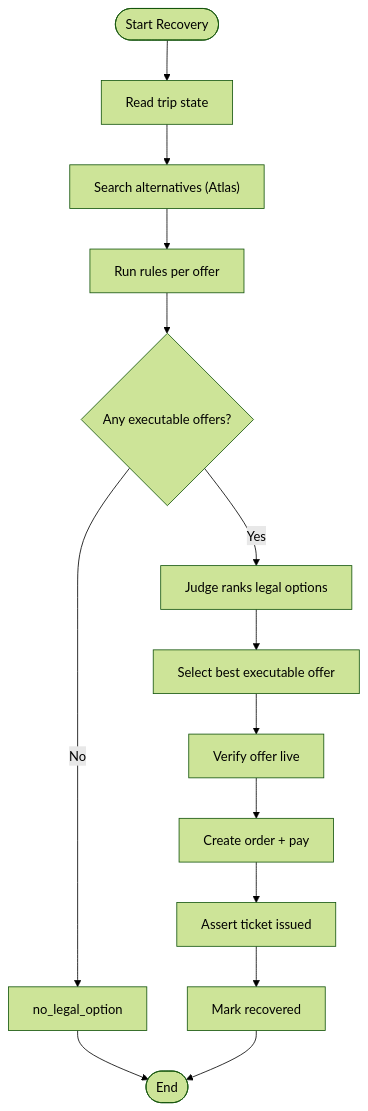
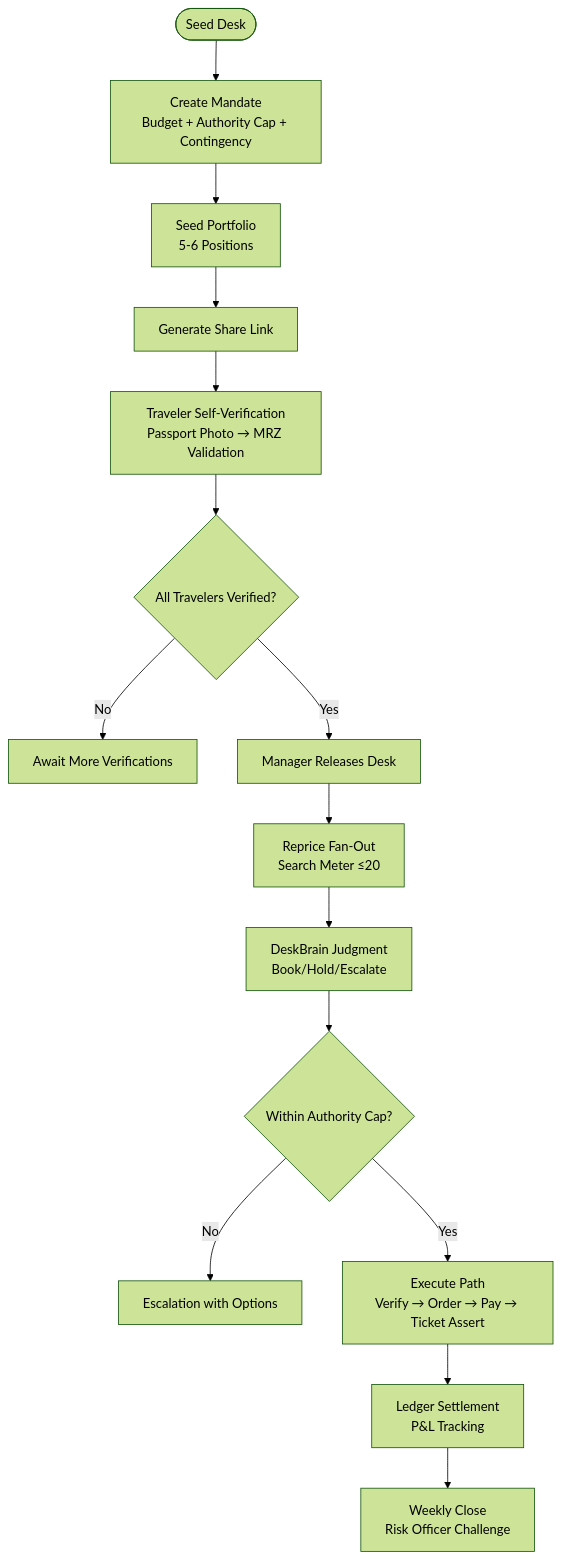
Before and after one commit to jaydonnnk/waypoint: the third of 7 diagrams in .qoder/repowiki/en/content/Project Overview/Project Overview.md, drawn with Mermaid (forest theme). The commit also changed other lines of this file and 9 other files, not shown here.

````diff
--- a/.qoder/repowiki/en/content/Project Overview/Project Overview.md
+++ b/.qoder/repowiki/en/content/Project Overview/Project Overview.md
@@ -184,16 +194,17 @@
 ```mermaid
 flowchart TD
-Enter(["Start Recovery"]) --> ReadTrip["Read trip state"]
-ReadTrip --> Search["Search alternatives (Atlas)"]
-Search --> Assess["Run rules per offer"]
-Assess --> Legal{"Any executable offers?"}
-Legal --> |No| GiveUp["no_legal_option"]
-Legal --> |Yes| Rank["Judge ranks legal options"]
-Rank --> Choose["Select best executable offer"]
-Choose --> Verify["Verify offer live"]
-Verify --> Order["Create order + pay"]
-Order --> Assert["Assert ticket issued"]
-Assert --> Success["Mark recovered"]
-GiveUp --> End(["End"])
-Success --> End
+Start(["Seed Desk"]) --> Mandate["Create Mandate<br/>Budget + Authority Cap + Contingency"]
+Mandate --> Portfolio["Seed Portfolio<br/>5-6 Positions"]
+Portfolio --> Share["Generate Share Link"]
+Share --> Verification["Traveler Self-Verification<br/>Passport Photo → MRZ Validation"]
+Verification --> Complete{"All Travelers Verified?"}
+Complete --> |No| Wait["Await More Verifications"]
+Complete --> |Yes| Release["Manager Releases Desk"]
+Release --> Reprice["Reprice Fan-Out<br/>Search Meter ≤20"]
+Reprice --> Judge["DeskBrain Judgment<br/>Book/Hold/Escalate"]
+Judge --> Execute{"Within Authority Cap?"}
+Execute --> |No| Escalate["Escalation with Options"]
+Execute --> |Yes| ExecutePath["Execute Path<br/>Verify → Order → Pay → Ticket Assert"]
+ExecutePath --> Settle["Ledger Settlement<br/>P&L Tracking"]
+Settle --> Close["Weekly Close<br/>Risk Officer Challenge"]
 ```
````
